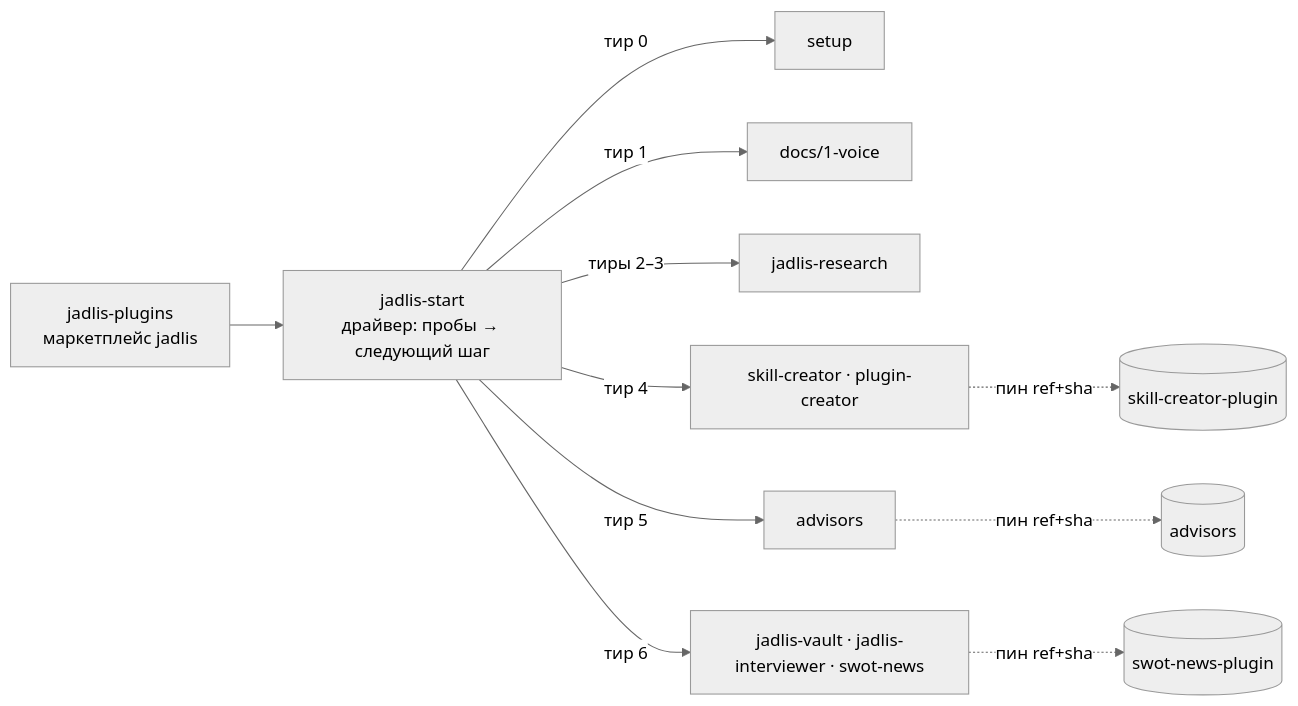
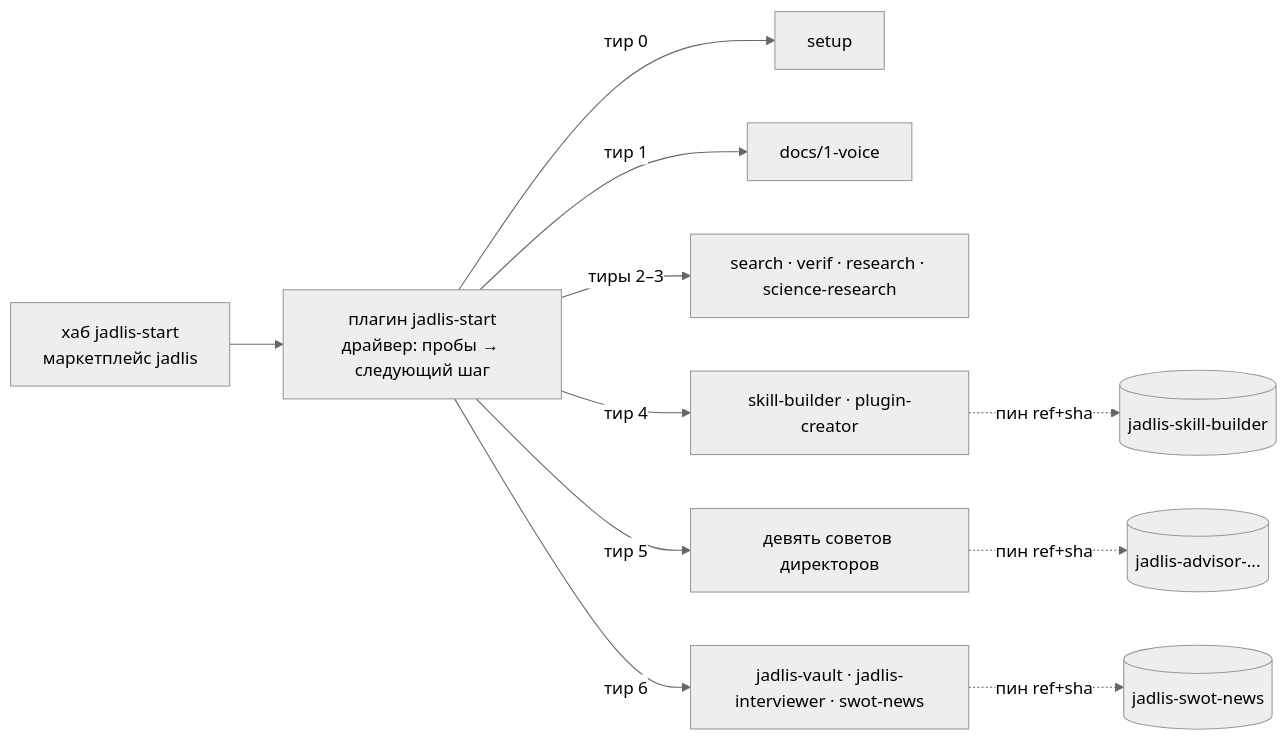
The diagram in README.md (beCyborg/jadlis-hub), drawn with Mermaid (neutral theme) before and after one commit. The commit also changed other lines of this file and 24 other files, not shown here.

First line of the commit message:
docs: sweep old repo/plugin names to the one-repo-per-plugin map; jadlis-start 2.1.1

````diff
--- a/README.md
+++ b/README.md
@@ -24,13 +24,13 @@
 ```mermaid
 flowchart LR
-  H[jadlis-plugins<br/>маркетплейс jadlis] --> S[jadlis-start<br/>драйвер: пробы → следующий шаг]
+  H[хаб jadlis-start<br/>маркетплейс jadlis] --> S[плагин jadlis-start<br/>драйвер: пробы → следующий шаг]
   S -->|тир 0| T0[setup]
   S -->|тир 1| T1[docs/1-voice]
-  S -->|тиры 2–3| T2[jadlis-research]
-  S -->|тир 4| T4[skill-creator · plugin-creator]
-  S -->|тир 5| T5[advisors]
+  S -->|тиры 2–3| T2[search · verif · research · science-research]
+  S -->|тир 4| T4[skill-builder · plugin-creator]
+  S -->|тир 5| T5[девять советов директоров]
   S -->|тир 6| T6[jadlis-vault · jadlis-interviewer · swot-news]
-  T4 -.пин ref+sha.-> R4[(skill-creator-plugin)]
-  T5 -.пин ref+sha.-> R5[(advisors)]
-  T6 -.пин ref+sha.-> R6[(swot-news-plugin)]
+  T4 -.пин ref+sha.-> R4[(jadlis-skill-builder)]
+  T5 -.пин ref+sha.-> R5[(jadlis-advisor-...)]
+  T6 -.пин ref+sha.-> R6[(jadlis-swot-news)]
 ```
````
